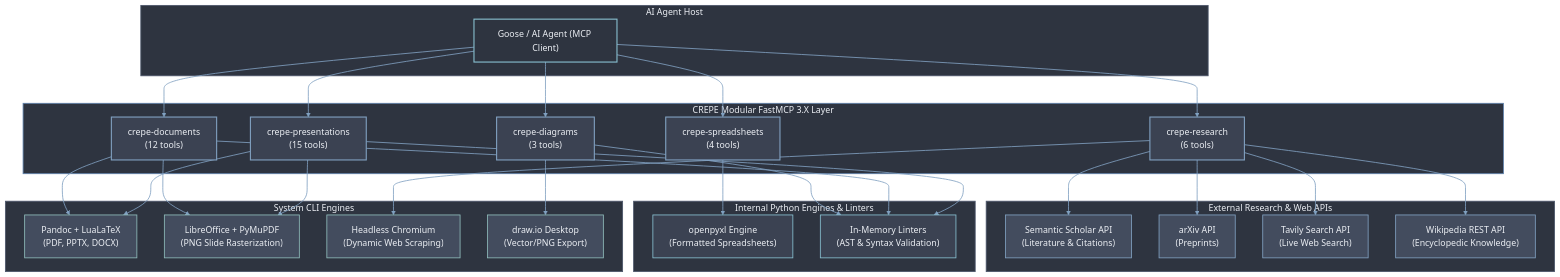
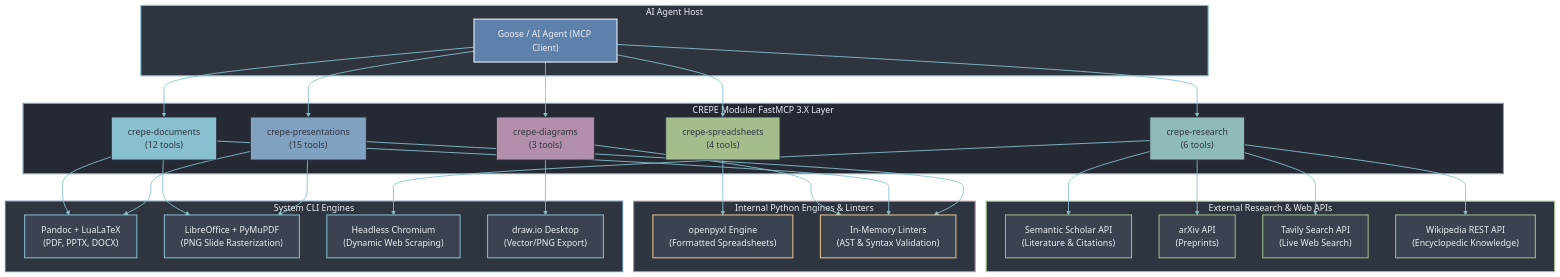
Before and after one commit to mariolpantunes/crepe-mcp: the diagram in README.md, drawn with Mermaid.

Commit message:
docs: enrich Mermaid diagram with full Nord palette and high-contrast styling

````diff
--- a/README.md
+++ b/README.md
@@ -45,7 +45,7 @@
         Linters["In-Memory Linters<br/>(AST & Syntax Validation)"]
     end
 
-    %% Client connections (clean lines without protocol text)
+    %% Client connections
     Agent --> Pres
     Agent --> Docs
     Agent --> Research
@@ -72,26 +72,34 @@
     Diagrams --> Linters
     Diagrams --> DrawioCLI
 
-    %% Nord Theme Node Styling
-    classDef client fill:#2E3440,stroke:#88C0D0,stroke-width:2px,color:#ECEFF4;
-    classDef server fill:#3B4252,stroke:#81A1C1,stroke-width:2px,color:#ECEFF4;
-    classDef engine fill:#434C5E,stroke:#8FBCBB,stroke-width:1.5px,color:#ECEFF4;
-    classDef api fill:#434C5E,stroke:#81A1C1,stroke-width:1.5px,color:#ECEFF4;
-    classDef internal fill:#3B4252,stroke:#88C0D0,stroke-width:1.5px,color:#ECEFF4;
+    %% Nord Theme High-Contrast Node Styling
+    classDef client fill:#5E81AC,stroke:#ECEFF4,stroke-width:2px,color:#ECEFF4;
+    classDef pres fill:#81A1C1,stroke:#2E3440,stroke-width:1.5px,color:#2E3440;
+    classDef docs fill:#88C0D0,stroke:#2E3440,stroke-width:1.5px,color:#2E3440;
+    classDef research fill:#8FBCBB,stroke:#2E3440,stroke-width:1.5px,color:#2E3440;
+    classDef sheets fill:#A3BE8C,stroke:#2E3440,stroke-width:1.5px,color:#2E3440;
+    classDef diagrams fill:#B48EAD,stroke:#2E3440,stroke-width:1.5px,color:#2E3440;
+    classDef engine fill:#3B4252,stroke:#88C0D0,stroke-width:1.8px,color:#ECEFF4;
+    classDef api fill:#3B4252,stroke:#A3BE8C,stroke-width:1.8px,color:#ECEFF4;
+    classDef internal fill:#3B4252,stroke:#EBCB8B,stroke-width:1.8px,color:#ECEFF4;
 
     class Agent client;
-    class Pres,Docs,Research,Sheets,Diagrams server;
+    class Pres pres;
+    class Docs docs;
+    class Research research;
+    class Sheets sheets;
+    class Diagrams diagrams;
     class Pandoc,LibreOffice,Chromium,DrawioCLI engine;
     class SemScholar,ArxivAPI,TavilyAPI,WikiAPI api;
     class OpenPyXL,Linters internal;
 
-    %% Subgraph Container Styling (Overrides GitHub's default yellow containers)
-    style ClientLayer fill:#2E3440,stroke:#4C566A,stroke-width:1.5px,color:#ECEFF4;
-    style FastMCPLayer fill:#2E3440,stroke:#5E81AC,stroke-width:1.5px,color:#ECEFF4;
-    style SystemTools fill:#2E3440,stroke:#4C566A,stroke-width:1.5px,color:#ECEFF4;
-    style ExternalAPIs fill:#2E3440,stroke:#4C566A,stroke-width:1.5px,color:#ECEFF4;
-    style PythonEngines fill:#2E3440,stroke:#4C566A,stroke-width:1.5px,color:#ECEFF4;
+    %% Major Subgraph Containers (Distinct Nord Backgrounds & Bold Accent Borders)
+    style ClientLayer fill:#2E3440,stroke:#88C0D0,stroke-width:2px,color:#ECEFF4;
+    style FastMCPLayer fill:#242933,stroke:#81A1C1,stroke-width:2px,color:#ECEFF4;
+    style SystemTools fill:#2E3440,stroke:#5E81AC,stroke-width:2px,color:#ECEFF4;
+    style ExternalAPIs fill:#2E3440,stroke:#A3BE8C,stroke-width:2px,color:#ECEFF4;
+    style PythonEngines fill:#2E3440,stroke:#B48EAD,stroke-width:2px,color:#ECEFF4;
 
-    %% Link Styling (Overrides default red/orange links)
-    linkStyle default stroke:#81A1C1,stroke-width:1.5px;
+    %% Link Styling (Bright Frost Cyan)
+    linkStyle default stroke:#88C0D0,stroke-width:1.6px;
 ```
````
